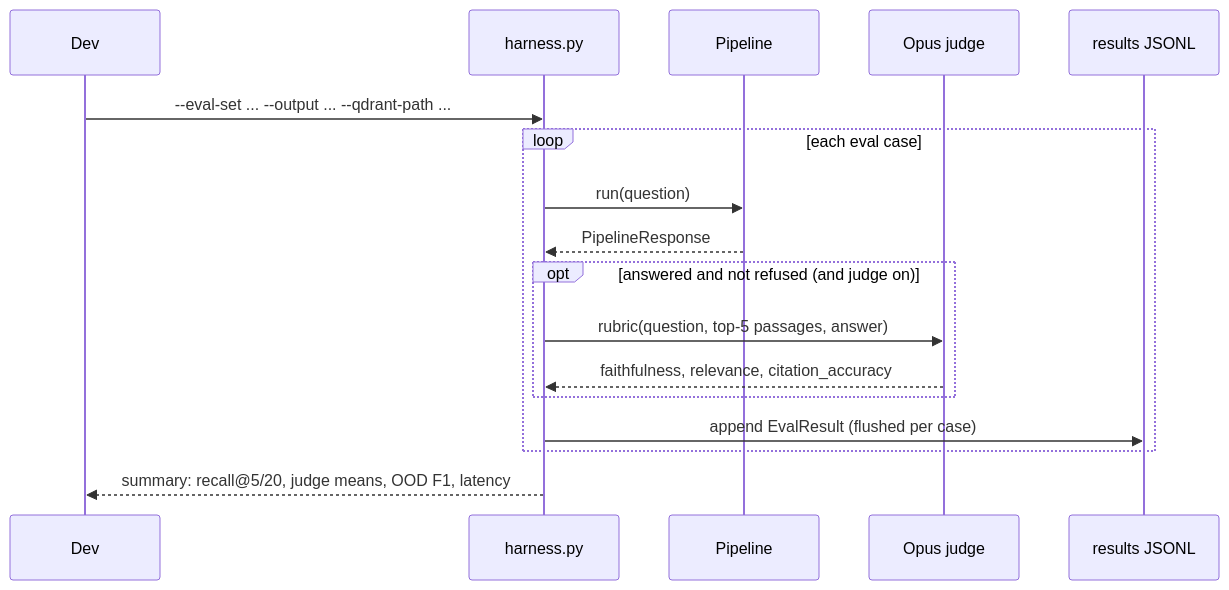
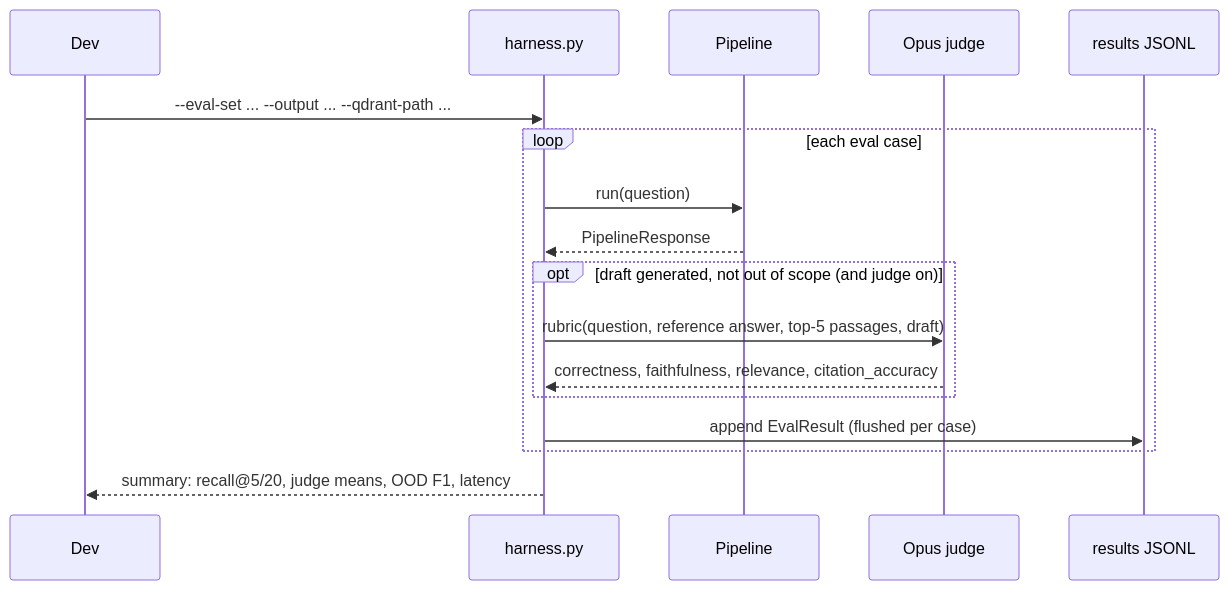
Before and after one commit to drealchux/troa: the fourth of 6 diagrams in docs/WORKFLOWS.md, drawn with Mermaid. The commit also changed other lines of this file and 18 other files, not shown here.

````diff
--- a/docs/WORKFLOWS.md
+++ b/docs/WORKFLOWS.md
@@ -241,19 +243,19 @@
 ```mermaid
 sequenceDiagram
     participant Dev
     participant H as harness.py
     participant P as Pipeline
     participant J as Opus judge
     participant F as results JSONL
     Dev->>H: --eval-set ... --output ... --qdrant-path ...
     loop each eval case
         H->>P: run(question)
         P-->>H: PipelineResponse
-        opt answered and not refused (and judge on)
-            H->>J: rubric(question, top-5 passages, answer)
-            J-->>H: faithfulness, relevance, citation_accuracy
+        opt draft generated, not out of scope (and judge on)
+            H->>J: rubric(question, reference answer, top-5 passages, draft)
+            J-->>H: correctness, faithfulness, relevance, citation_accuracy
         end
         H->>F: append EvalResult (flushed per case)
     end
     H-->>Dev: summary: recall@5/20, judge means, OOD F1, latency
 ```
````
